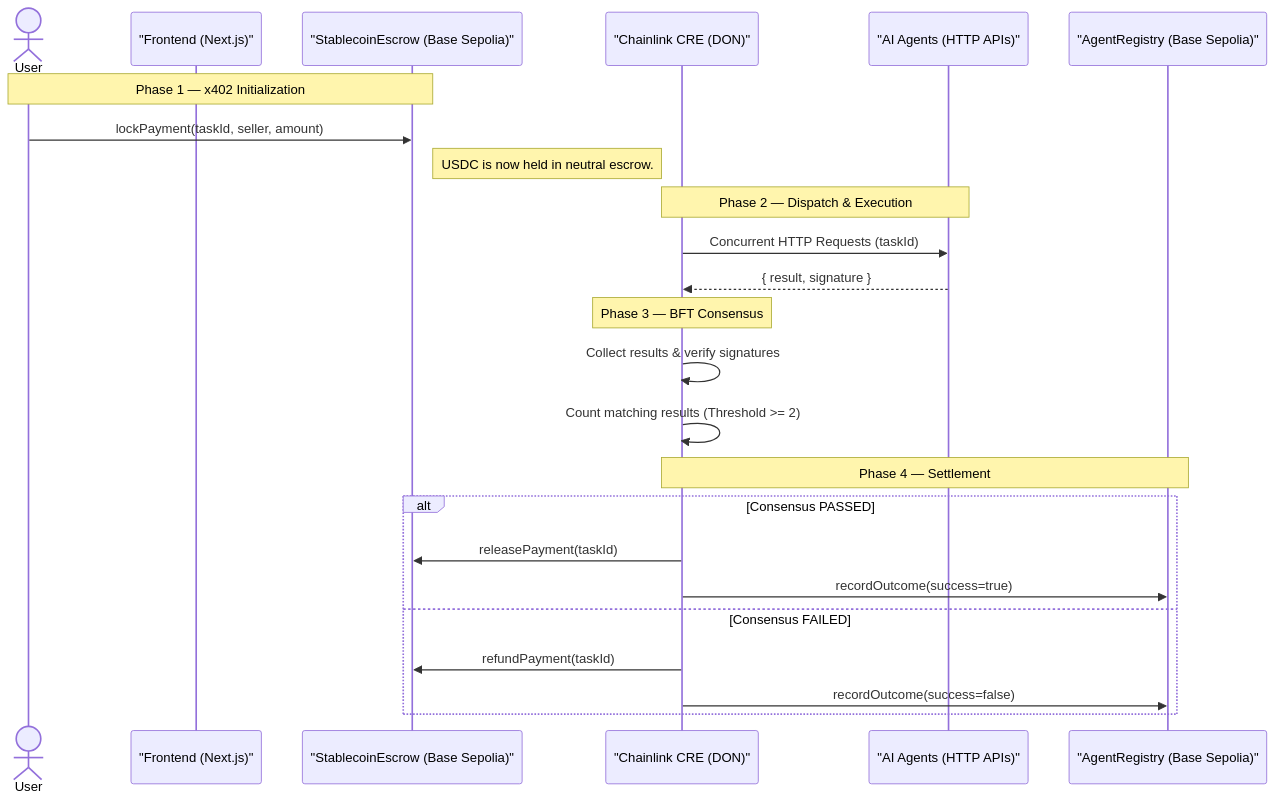
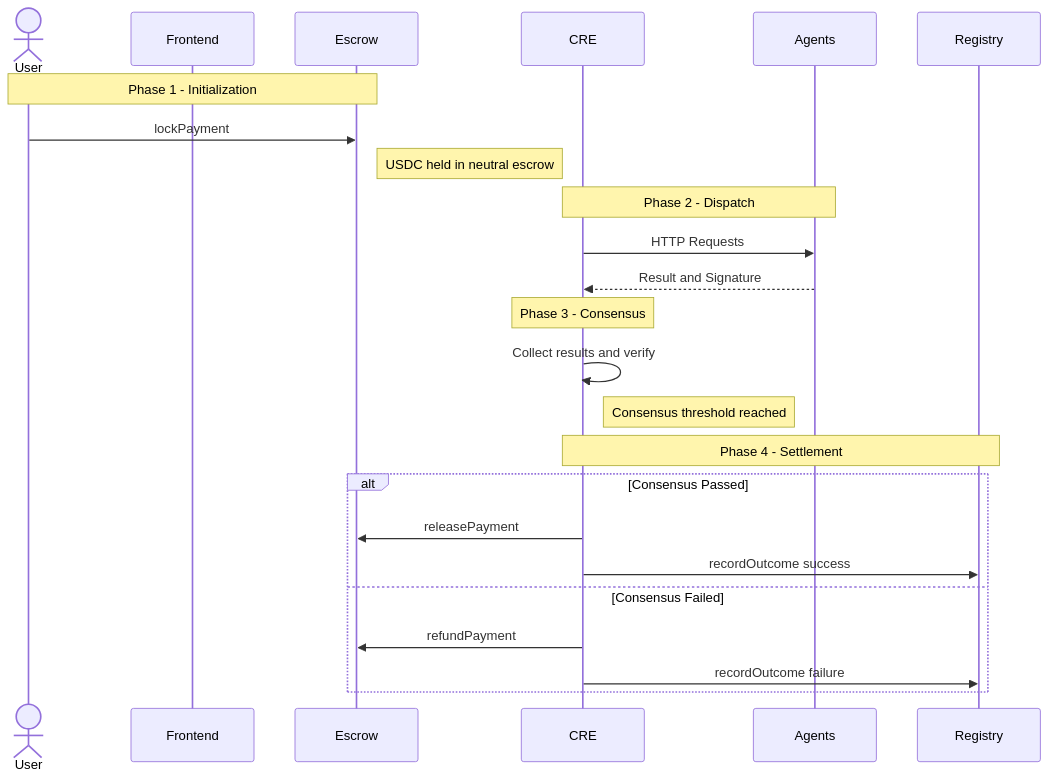
Before and after one commit to devfola/LinkGate: the diagram in README.md, drawn with Mermaid. The commit also changed 1 other file, not shown here.

Commit message:
docs: use ultra-minimalist Mermaid syntax for maximum GitHub compatibility

````diff
--- a/README.md
+++ b/README.md
@@ -47,30 +47,30 @@
 ```mermaid
 sequenceDiagram
     actor User
-    participant Frontend as "Frontend (Next.js)"
-    participant Escrow as "StablecoinEscrow (Base Sepolia)"
-    participant CRE as "Chainlink CRE (DON)"
-    participant Agents as "AI Agents (HTTP APIs)"
-    participant Registry as "AgentRegistry (Base Sepolia)"
+    participant Frontend
+    participant Escrow
+    participant CRE
+    participant Agents
+    participant Registry
 
-    Note over User, Escrow: Phase 1 — x402 Initialization
-    User->>Escrow: lockPayment(taskId, seller, amount)
-    Note right of Escrow: USDC is now held in neutral escrow.
+    Note over User, Escrow: Phase 1 - Initialization
+    User->>Escrow: lockPayment
+    Note right of Escrow: USDC held in neutral escrow
 
-    Note over CRE, Agents: Phase 2 — Dispatch & Execution
-    CRE->>Agents: Concurrent HTTP Requests (taskId)
-    Agents-->>CRE: { result, signature }
+    Note over CRE, Agents: Phase 2 - Dispatch
+    CRE->>Agents: HTTP Requests
+    Agents-->>CRE: Result and Signature
 
-    Note over CRE: Phase 3 — BFT Consensus
-    CRE->>CRE: Collect results & verify signatures
-    CRE->>CRE: Count matching results (Threshold >= 2)
+    Note over CRE: Phase 3 - Consensus
+    CRE->>CRE: Collect results and verify
+    Note right of CRE: Consensus threshold reached
 
-    Note over CRE, Registry: Phase 4 — Settlement
-    alt Consensus PASSED
-        CRE->>Escrow: releasePayment(taskId)
-        CRE->>Registry: recordOutcome(success=true)
-    else Consensus FAILED
-        CRE->>Escrow: refundPayment(taskId)
-        CRE->>Registry: recordOutcome(success=false)
+    Note over CRE, Registry: Phase 4 - Settlement
+    alt Consensus Passed
+        CRE->>Escrow: releasePayment
+        CRE->>Registry: recordOutcome success
+    else Consensus Failed
+        CRE->>Escrow: refundPayment
+        CRE->>Registry: recordOutcome failure
     end
 ```
````
